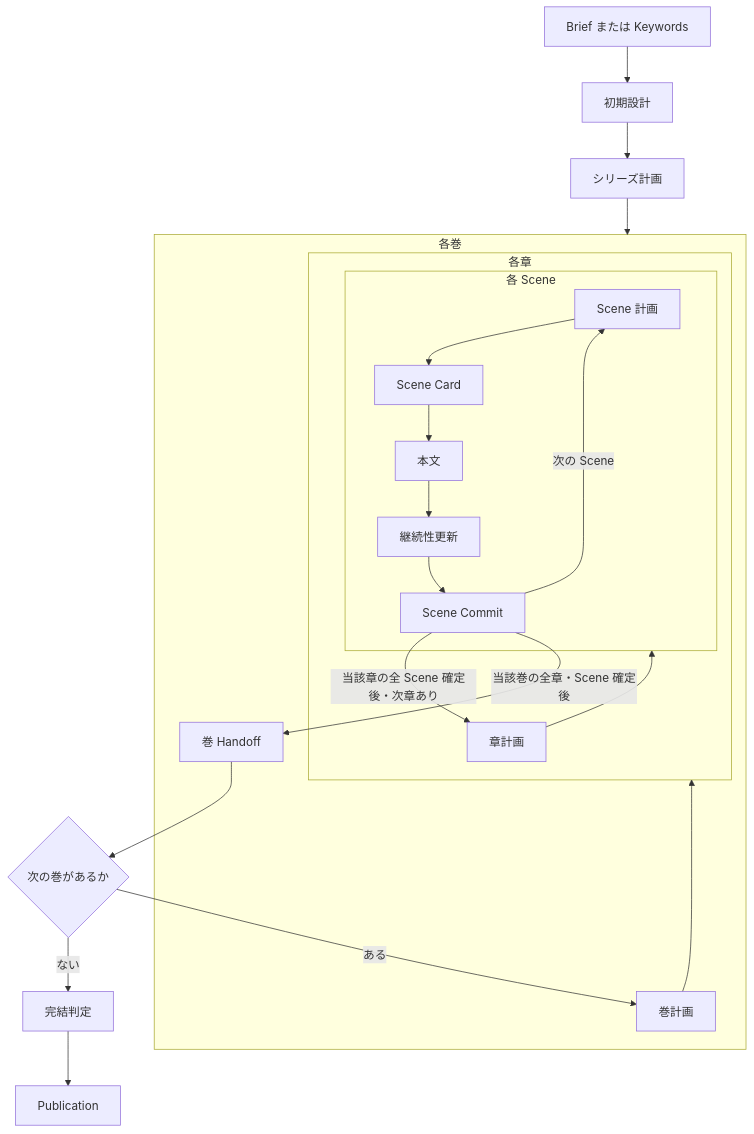
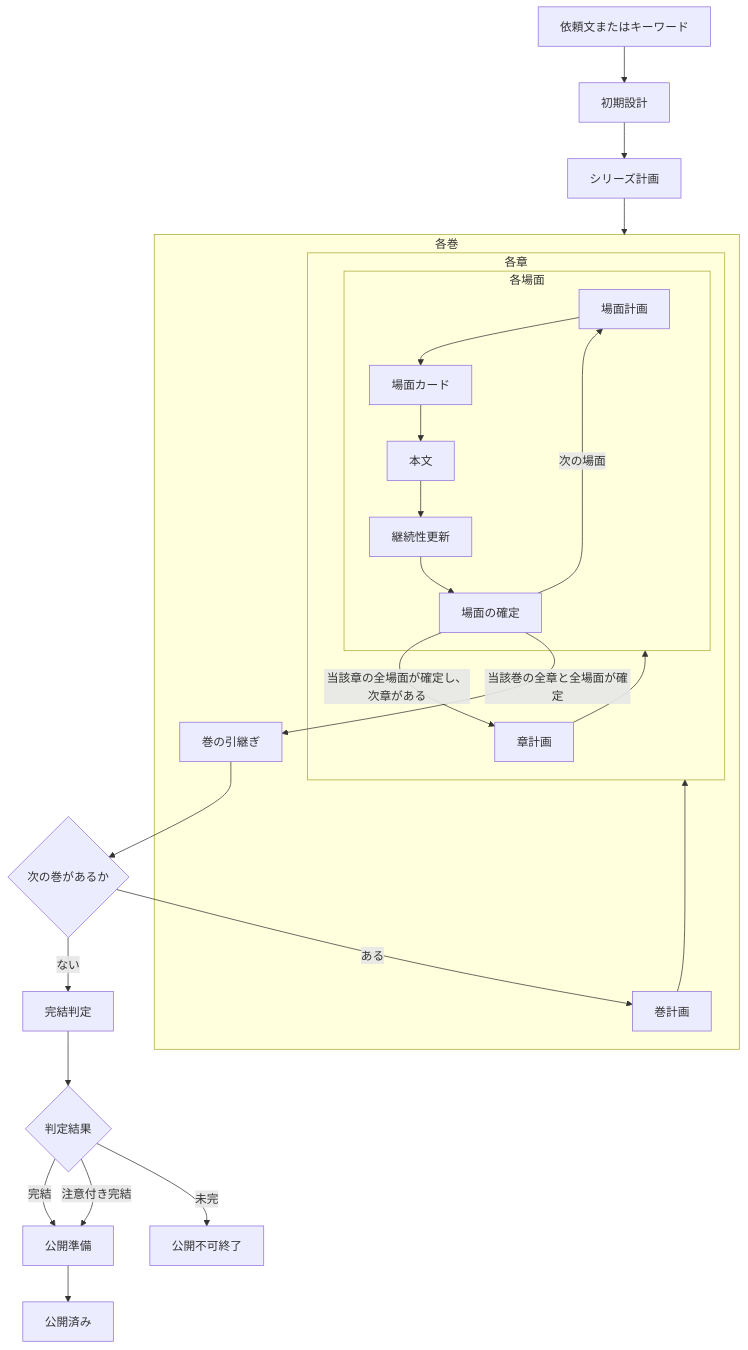
One commit to goura32/storycraft changed the diagram in docs/SPECIFICATION.md. Above: the diagram before and after it, drawn with Mermaid. The commit also changed other lines of this file and 3 other files, not shown here.

````diff
--- a/docs/SPECIFICATION.md
+++ b/docs/SPECIFICATION.md
@@ -56,25 +63,29 @@
 ```mermaid
 flowchart TD
-  I[Brief または Keywords] --> D[初期設計]
+  I[依頼文またはキーワード] --> D[初期設計]
   D --> S[シリーズ計画]
   S --> V
   subgraph V[各巻]
     VP[巻計画] --> C
     subgraph C[各章]
       CP[章計画] --> P
-      subgraph P[各 Scene]
-        SP[Scene 計画] --> K[Scene Card]
+      subgraph P[各場面]
+        SP[場面計画] --> K[場面カード]
         K --> W[本文]
         W --> N[継続性更新]
-        N --> M[Scene Commit]
-        M -->|次の Scene| SP
+        N --> M[場面の確定]
+        M -->|次の場面| SP
       end
-      M -->|当該章の全 Scene 確定後・次章あり| CP
+      M -->|当該章の全場面が確定し、次章がある| CP
     end
-    M -->|当該巻の全章・Scene 確定後| H[巻 Handoff]
+    M -->|当該巻の全章と全場面が確定| H[巻の引継ぎ]
   end
   H --> X{次の巻があるか}
   X -->|ある| VP
   X -->|ない| Q[完結判定]
-  Q --> U[Publication]
+  Q --> R{判定結果}
+  R -->|完結| U[公開準備]
+  R -->|注意付き完結| U
+  R -->|未完| Z[公開不可終了]
+  U --> E[公開済み]
 ```
````
